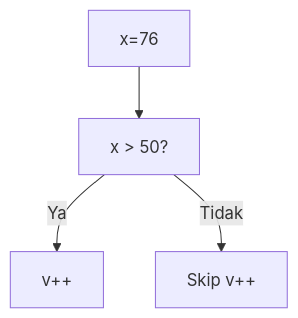
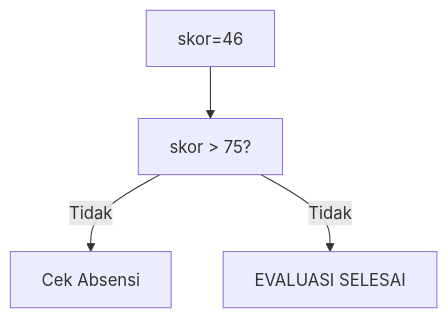
The second of 25 diagrams in part-c-pemahaman-cpp/02-percabangan/latihan/set-08.md (amnahwaida/OSNK_INF_PREP), drawn with Mermaid before and after one commit. The commit also changed other lines of this file and 71 other files, not shown here.

````diff
--- a/part-c-pemahaman-cpp/02-percabangan/latihan/set-08.md
+++ b/part-c-pemahaman-cpp/02-percabangan/latihan/set-08.md
@@ -49,6 +52,6 @@
 ```mermaid
 graph TD
-A["x=76"] --> B["x > 50?"]
-B -- Ya --> C["v++"]
-B -- Tidak --> D["Skip v++"]
+A["skor=46"] --> B["skor > 75?"]
+B -- Tidak --> C["Cek Absensi"]
+B -- Tidak --> D["EVALUASI SELESAI"]
 ```
````
